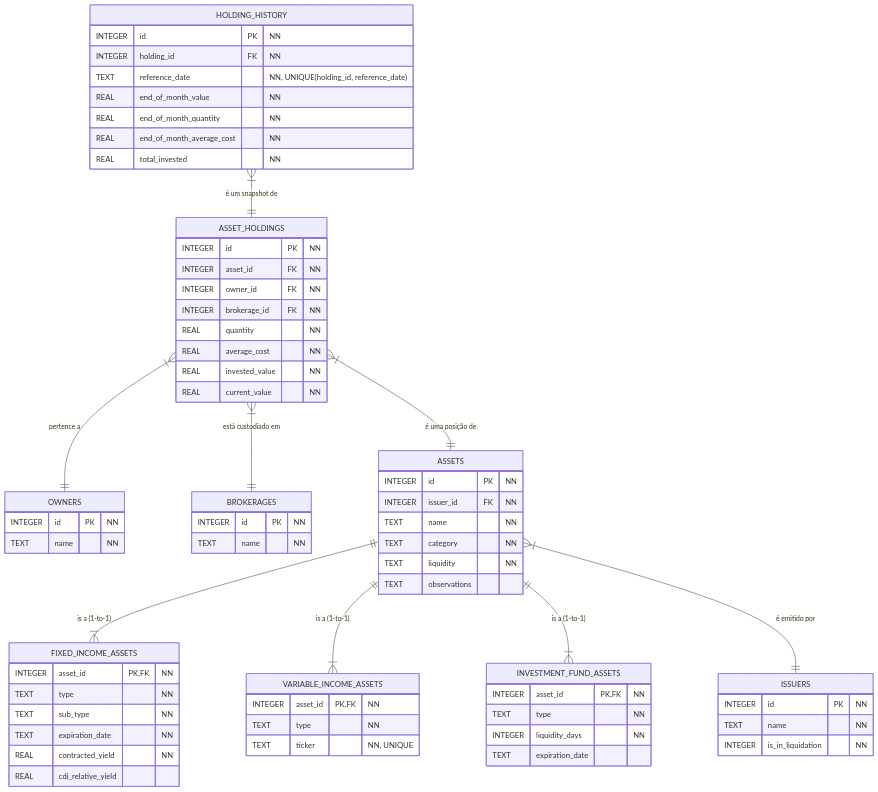
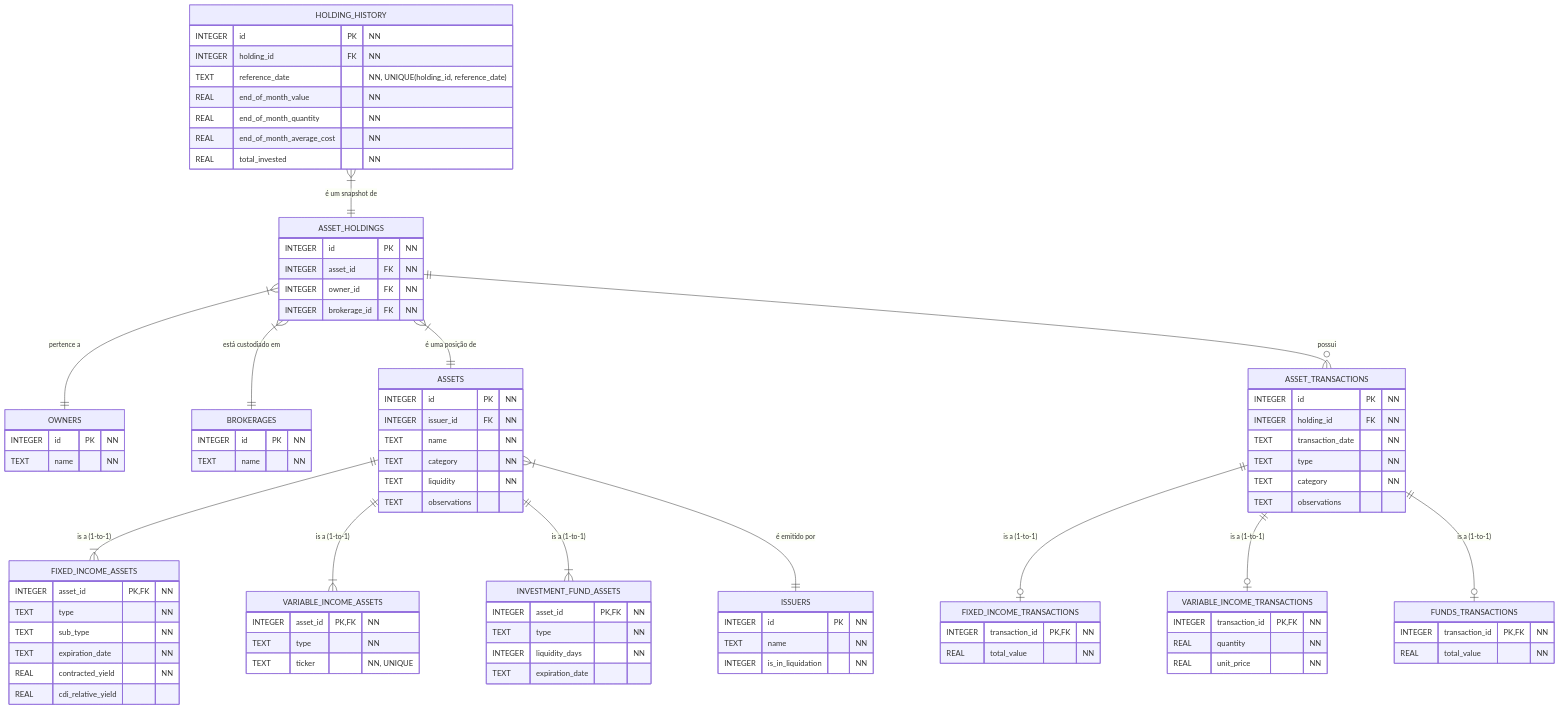
One commit to enirsilvaferraz/Investments-KMP changed the diagram in docs/Modelagem do Banco de Dados.md. Above: the diagram before and after it, drawn with Mermaid. The commit also changed other lines of this file and 1 other file, not shown here.

````diff
--- a/docs/Modelagem do Banco de Dados.md
+++ b/docs/Modelagem do Banco de Dados.md
@@ -51,10 +51,27 @@
         INTEGER asset_id FK "NN"
         INTEGER owner_id FK "NN"
         INTEGER brokerage_id FK "NN"
+    }
+    ASSET_TRANSACTIONS {
+        INTEGER id PK "NN"
+        INTEGER holding_id FK "NN"
+        TEXT transaction_date "NN"
+        TEXT type "NN"
+        TEXT category "NN"
+        TEXT observations
+    }
+    FIXED_INCOME_TRANSACTIONS {
+        INTEGER transaction_id PK, FK "NN"
+        REAL total_value "NN"
+    }
+    VARIABLE_INCOME_TRANSACTIONS {
+        INTEGER transaction_id PK, FK "NN"
         REAL quantity "NN"
-        REAL average_cost "NN"
-        REAL invested_value "NN"
-        REAL current_value "NN"
+        REAL unit_price "NN"
+    }
+    FUNDS_TRANSACTIONS {
+        INTEGER transaction_id PK, FK "NN"
+        REAL total_value "NN"
     }
     HOLDING_HISTORY {
         INTEGER id PK "NN"
@@ -73,5 +90,9 @@
     ASSET_HOLDINGS }|--|| ASSETS : "é uma posição de"
     ASSET_HOLDINGS }|--|| OWNERS : "pertence a"
     ASSET_HOLDINGS }|--|| BROKERAGES : "está custodiado em"
+    ASSET_HOLDINGS ||--o{ ASSET_TRANSACTIONS : "possui"
+    ASSET_TRANSACTIONS ||--o| FIXED_INCOME_TRANSACTIONS : "is a (1-to-1)"
+    ASSET_TRANSACTIONS ||--o| VARIABLE_INCOME_TRANSACTIONS : "is a (1-to-1)"
+    ASSET_TRANSACTIONS ||--o| FUNDS_TRANSACTIONS : "is a (1-to-1)"
     HOLDING_HISTORY }|--|| ASSET_HOLDINGS : "é um snapshot de"
 ```
````
